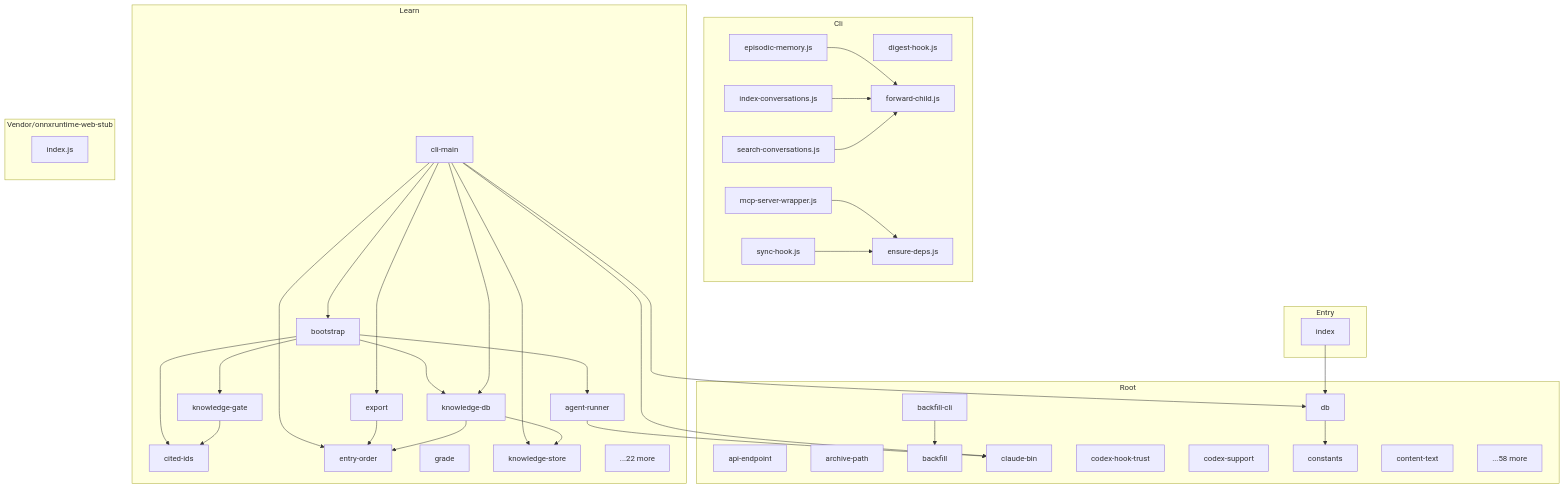
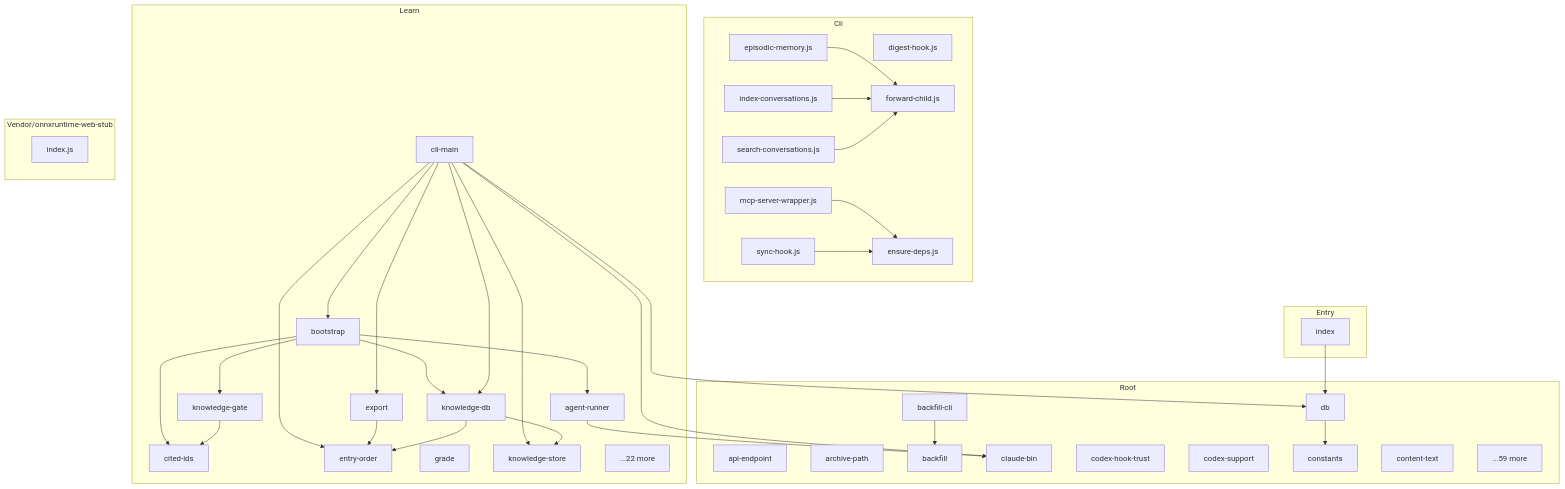
One commit to danielsimonjr/episodic-memory changed the diagram in docs/architecture/DEPENDENCY_GRAPH.md. Above: the diagram before and after it, drawn with Mermaid. The commit also changed other lines of this file and 206 other files, not shown here.

````diff
--- a/docs/architecture/DEPENDENCY_GRAPH.md
+++ b/docs/architecture/DEPENDENCY_GRAPH.md
@@ -2207,74 +2127,74 @@
 ```mermaid
 graph TD
     subgraph Cli
         N0[digest-hook.js]
         N1[ensure-deps.js]
         N2[episodic-memory.js]
         N3[forward-child.js]
         N4[index-conversations.js]
         N5[mcp-server-wrapper.js]
         N6[search-conversations.js]
         N7[sync-hook.js]
     end
 
     subgraph Root
         N8[api-endpoint]
         N9[archive-path]
         N10[backfill-cli]
         N11[backfill]
         N12[claude-bin]
         N13[codex-hook-trust]
         N14[codex-support]
         N15[constants]
         N16[content-text]
         N17[db]
-        N18[...58 more]
+        N18[...59 more]
     end
 
     subgraph Entry
         N19[index]
     end
 
     subgraph Learn
         N20[agent-runner]
         N21[bootstrap]
         N22[cited-ids]
         N23[cli-main]
         N24[entry-order]
         N25[export]
         N26[grade]
         N27[knowledge-db]
         N28[knowledge-gate]
         N29[knowledge-store]
         N30[...22 more]
     end
 
     subgraph Vendor/onnxruntime-web-stub
         N31[index.js]
     end
 
     N2 --> N3
     N4 --> N3
     N5 --> N1
     N6 --> N3
     N7 --> N1
     N10 --> N11
     N17 --> N15
     N19 --> N17
     N20 --> N12
     N21 --> N27
     N21 --> N28
     N21 --> N22
     N21 --> N20
     N23 --> N12
     N23 --> N27
     N23 --> N25
     N23 --> N24
     N23 --> N29
     N23 --> N17
     N23 --> N21
     N25 --> N24
     N27 --> N29
     N27 --> N24
     N28 --> N22
 ```
````
